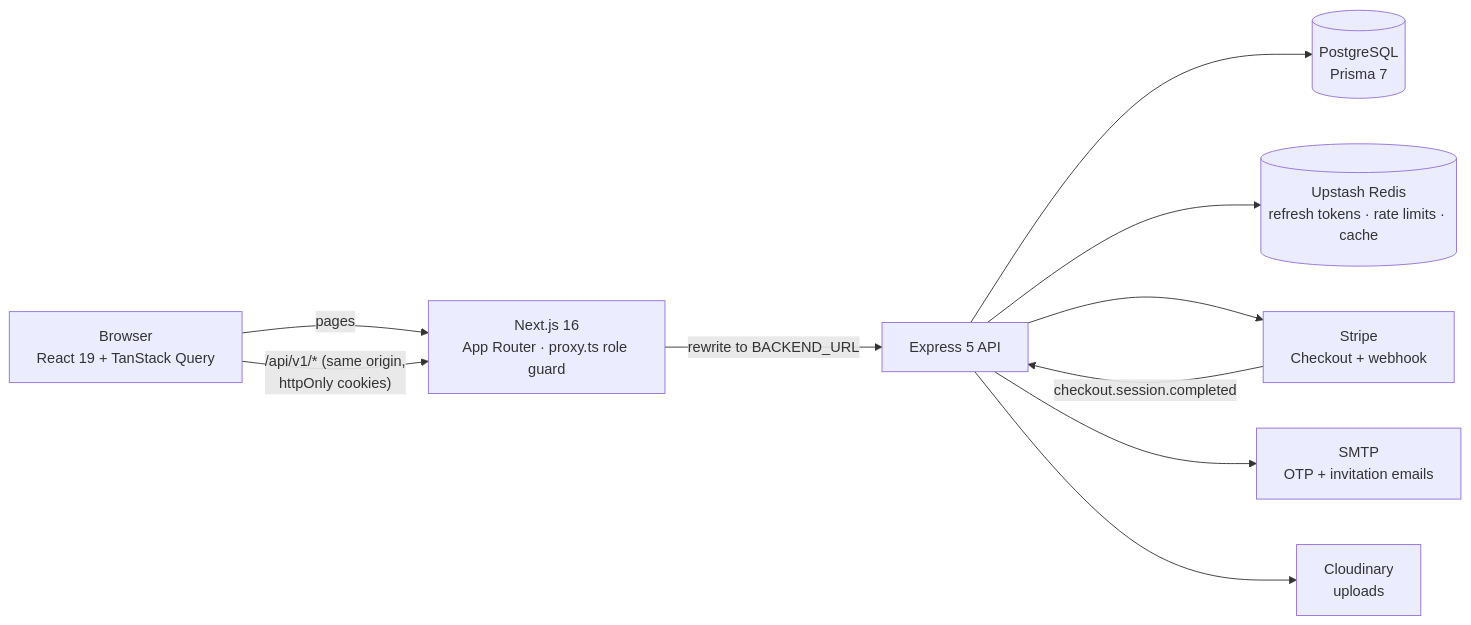
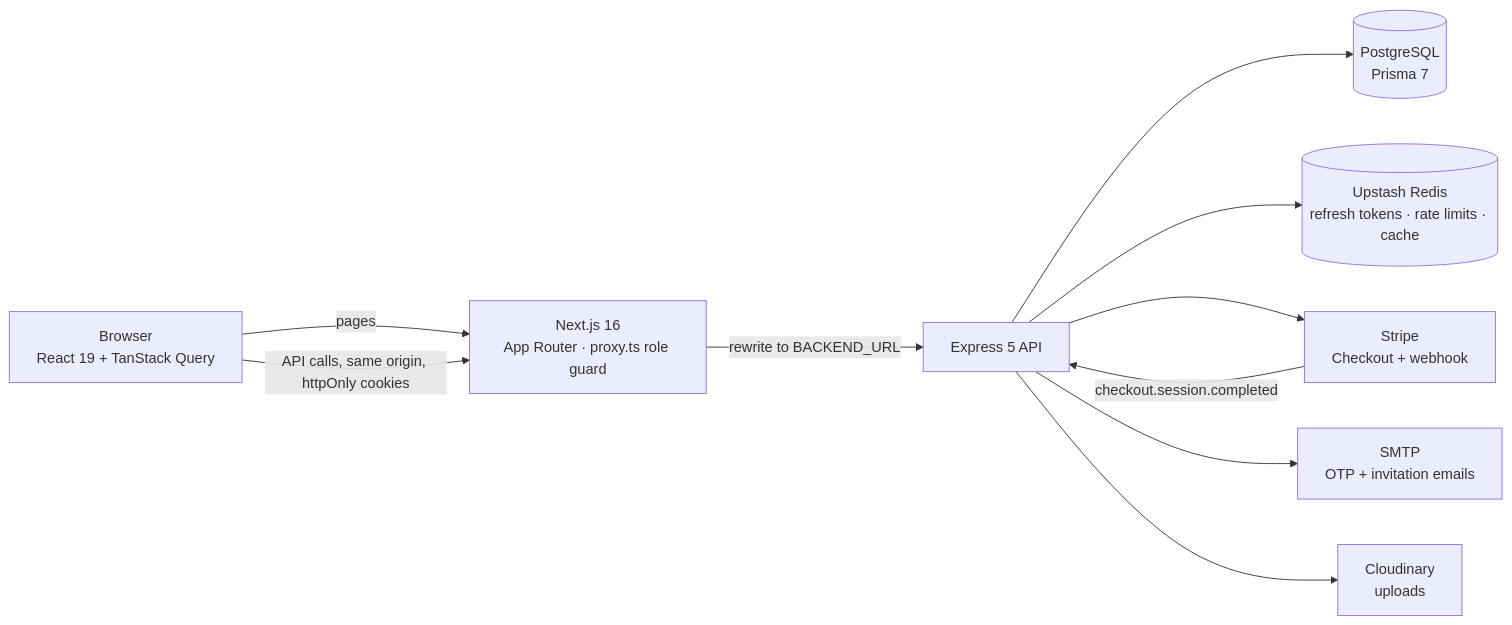
Before and after one commit to abdullahmamun1/devbench-frontend: the diagram in README.md, drawn with Mermaid.

Commit message:
docs: simplify architecture diagram edge labels for GitHub rendering

````diff
--- a/README.md
+++ b/README.md
@@ -142,12 +142,12 @@
 ```mermaid
 flowchart LR
-  B["Browser<br/>React 19 + TanStack Query"] -->|"pages"| N["Next.js 16<br/>App Router · proxy.ts role guard"]
-  B -->|"/api/v1/* (same origin,<br/>httpOnly cookies)"| N
+  B["Browser<br/>React 19 + TanStack Query"] -->|pages| N["Next.js 16<br/>App Router · proxy.ts role guard"]
+  B -->|"API calls, same origin, httpOnly cookies"| N
   N -->|"rewrite to BACKEND_URL"| A["Express 5 API"]
   A --> P[("PostgreSQL<br/>Prisma 7")]
   A --> R[("Upstash Redis<br/>refresh tokens · rate limits · cache")]
   A --> S["Stripe<br/>Checkout + webhook"]
   A --> M["SMTP<br/>OTP + invitation emails"]
   A --> C["Cloudinary<br/>uploads"]
   S -->|"checkout.session.completed"| A
 ```
````
